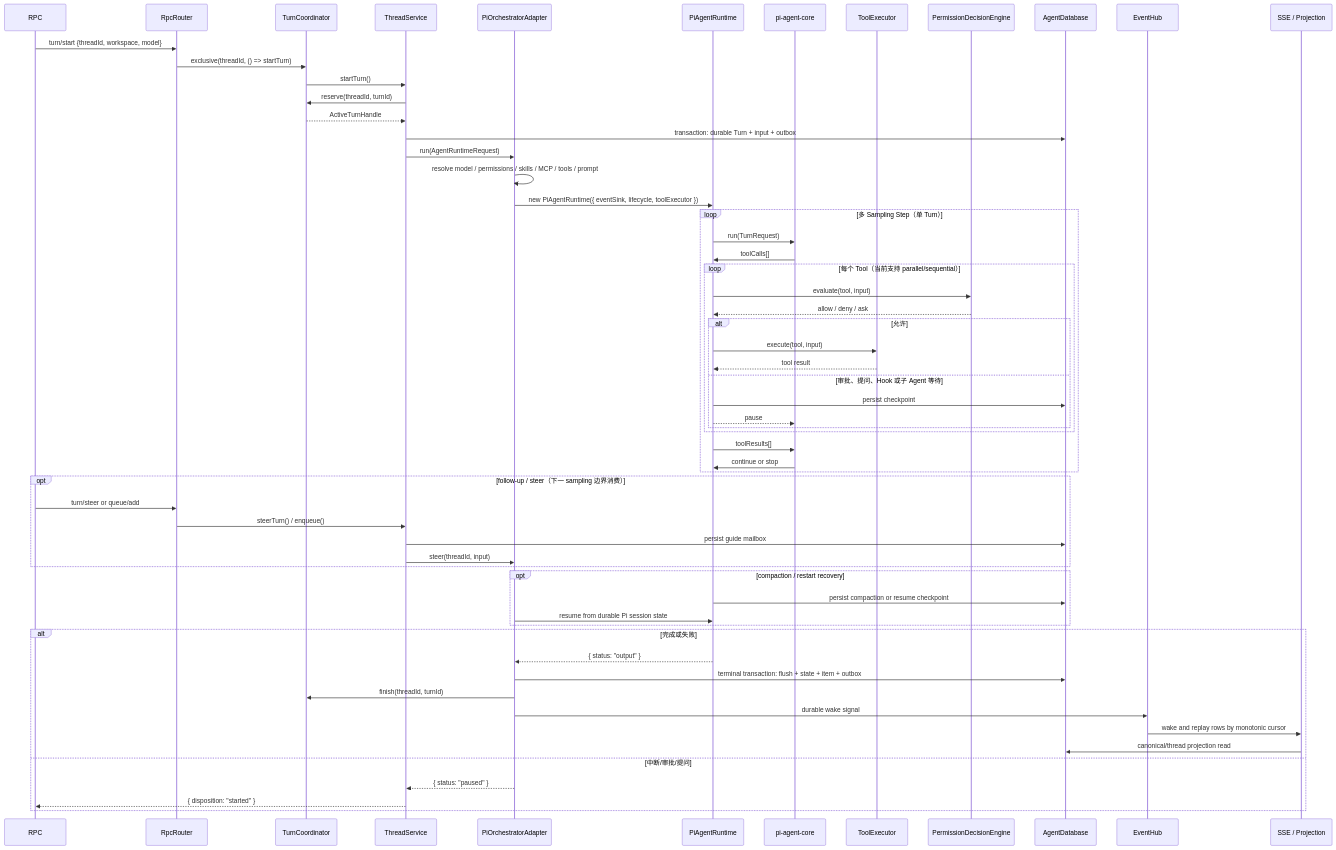
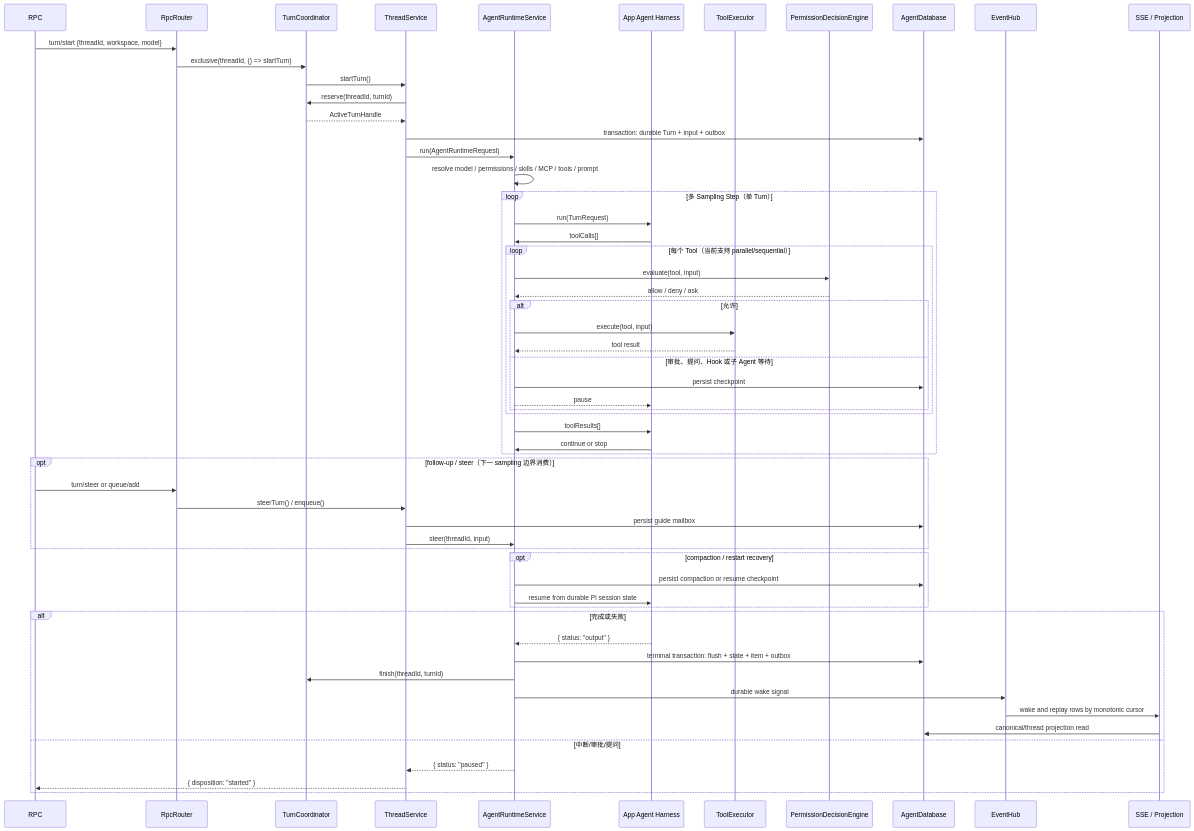
The first of 2 diagrams in docs/research/codex-harness-agent-optimization-report.md (codepilotx-dev/CodePilotX), drawn with Mermaid before and after one commit. The commit also changed other lines of this file and 5 other files, not shown here.

Commit message:
docs(agent)：更新 Harness 内部维护与许可证说明

````diff
--- a/docs/research/codex-harness-agent-optimization-report.md
+++ b/docs/research/codex-harness-agent-optimization-report.md
@@ -59,70 +59,68 @@
 ```mermaid
 sequenceDiagram
     participant RPC
     participant Router as RpcRouter
     participant TC as TurnCoordinator
     participant TS as ThreadService
-    participant POA as PiOrchestratorAdapter
-    participant RT as PiAgentRuntime
-    participant Harness as pi-agent-core
+    participant RT as AgentRuntimeService
+    participant Harness as App Agent Harness
     participant TED as ToolExecutor
     participant PDE as PermissionDecisionEngine
     participant DB as AgentDatabase
     participant EH as EventHub
     participant SSE as SSE / Projection
 
     RPC->>Router: turn/start {threadId, workspace, model}
     Router->>TC: exclusive(threadId, () => startTurn)
     TC->>TS: startTurn()
     TS->>TC: reserve(threadId, turnId)
     TC-->>TS: ActiveTurnHandle
 
     TS->>DB: transaction: durable Turn + input + outbox
-    TS->>POA: run(AgentRuntimeRequest)
-    POA->>POA: resolve model / permissions / skills / MCP / tools / prompt
-    POA->>RT: new PiAgentRuntime({ eventSink, lifecycle, toolExecutor })
+    TS->>RT: run(AgentRuntimeRequest)
+    RT->>RT: resolve model / permissions / skills / MCP / tools / prompt
 
     loop 多 Sampling Step（单 Turn）
         RT->>Harness: run(TurnRequest)
         Harness->>RT: toolCalls[]
 
         loop 每个 Tool（当前支持 parallel/sequential）
             RT->>PDE: evaluate(tool, input)
             PDE-->>RT: allow / deny / ask
             alt 允许
                 RT->>TED: execute(tool, input)
                 TED-->>RT: tool result
             else 审批、提问、Hook 或子 Agent 等待
                 RT->>DB: persist checkpoint
                 RT-->>Harness: pause
             end
         end
 
         RT->>Harness: toolResults[]
         Harness->>RT: continue or stop
     end
 
     opt follow-up / steer（下一 sampling 边界消费）
         RPC->>Router: turn/steer or queue/add
         Router->>TS: steerTurn() / enqueue()
         TS->>DB: persist guide mailbox
-        TS->>POA: steer(threadId, input)
+        TS->>RT: steer(threadId, input)
     end
 
     opt compaction / restart recovery
         RT->>DB: persist compaction or resume checkpoint
-        POA->>RT: resume from durable Pi session state
+        RT->>Harness: resume from durable Pi session state
     end
 
     alt 完成或失败
-        RT-->>POA: { status: "output" }
-        POA->>DB: terminal transaction: flush + state + item + outbox
-        POA->>TC: finish(threadId, turnId)
-        POA->>EH: durable wake signal
+        Harness-->>RT: { status: "output" }
+        RT->>DB: terminal transaction: flush + state + item + outbox
+        RT->>TC: finish(threadId, turnId)
+        RT->>EH: durable wake signal
         EH->>SSE: wake and replay rows by monotonic cursor
         SSE->>DB: canonical/thread projection read
     else 中断/审批/提问
-        POA-->>TS: { status: "paused" }
+        RT-->>TS: { status: "paused" }
         TS-->>RPC: { disposition: "started" }
     end
 ```
````
